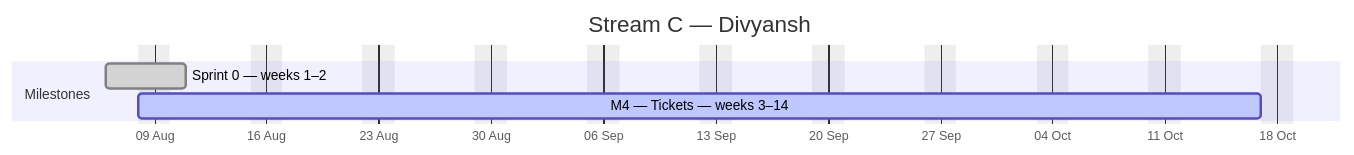
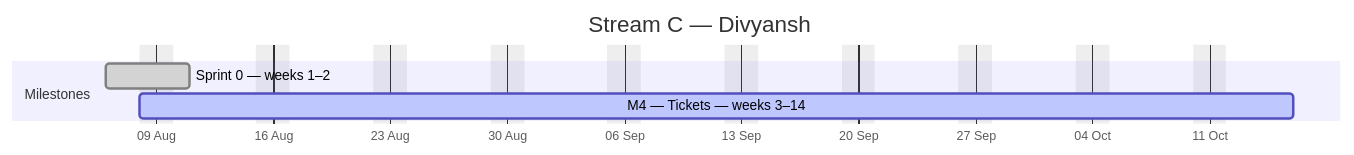
Before and after one commit to debashisedunext/EduTrack: the third of 4 diagrams in docs/plan/GANTT.md, drawn with Mermaid. The commit also changed other lines of this file and 3 other files, not shown here.

````diff
--- a/docs/plan/GANTT.md
+++ b/docs/plan/GANTT.md
@@ -136,10 +136,10 @@
 ```mermaid
 gantt
     dateFormat YYYY-MM-DD
     axisFormat %d %b
     title Stream C — Divyansh
     excludes weekends
     section Milestones
     Sprint 0 — weeks 1–2 :done, c0, 2026-08-06, 3d
-    M4 — Tickets — weeks 3–14 :active, c1, 2026-08-08, 51d
+    M4 — Tickets — weeks 3–14 :active, c1, 2026-08-08, 50d
 ```
````
